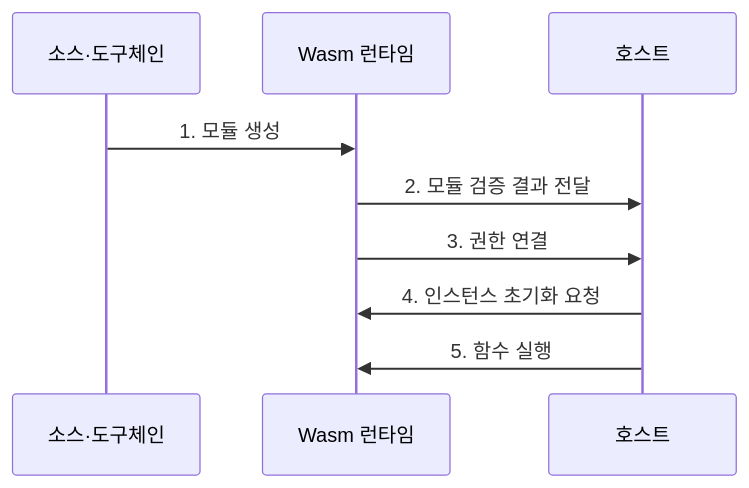
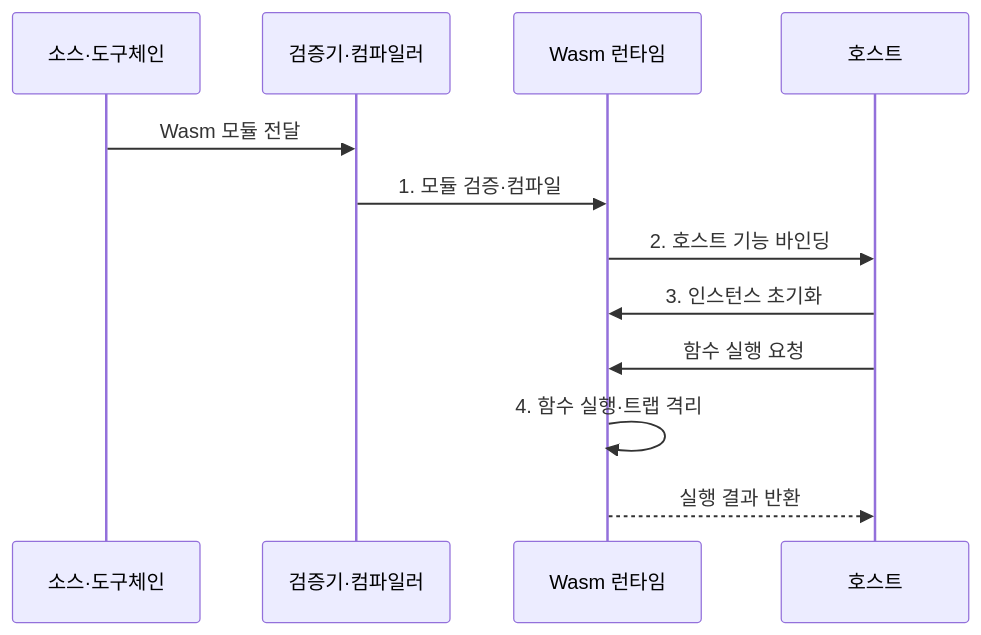
The second of 2 diagrams in src/content/docs/notes/08-latest-tech/166_webassembly.md (agnusdei1207/knowledge-base), drawn with Mermaid before and after one commit. The commit also changed other lines of this file and 225 other files, not shown here.

````diff
--- a/src/content/docs/notes/08-latest-tech/166_webassembly.md
+++ b/src/content/docs/notes/08-latest-tech/166_webassembly.md
@@ -80,11 +80,14 @@
 ```mermaid
 sequenceDiagram
   participant S as 소스·도구체인
+  participant V as 검증기·컴파일러
   participant R as Wasm 런타임
   participant H as 호스트
-  S->>R: 1. 모듈 생성
-  R->>H: 2. 모듈 검증 결과 전달
-  R->>H: 3. 권한 연결
-  H->>R: 4. 인스턴스 초기화 요청
-  H->>R: 5. 함수 실행
+  S->>V: Wasm 모듈 전달
+  V->>R: 1. 모듈 검증·컴파일
+  R->>H: 2. 호스트 기능 바인딩
+  H->>R: 3. 인스턴스 초기화
+  H->>R: 함수 실행 요청
+  R->>R: 4. 함수 실행·트랩 격리
+  R-->>H: 실행 결과 반환
 ```
````
